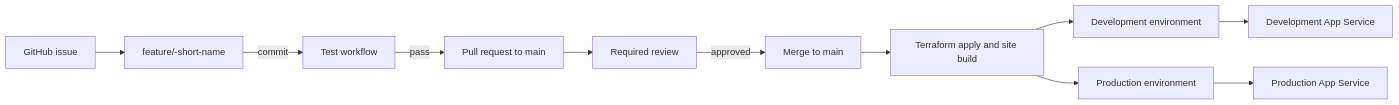
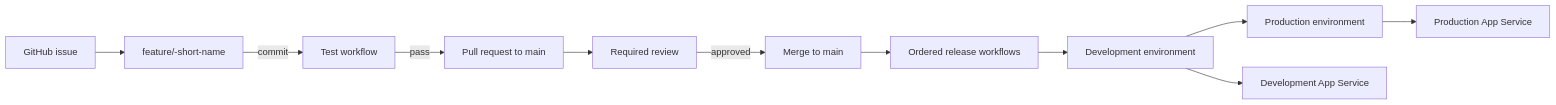
One commit to afira312/dtap-automation changed the first of 4 diagrams in README.md. Above: the diagram before and after it, drawn with Mermaid. The commit also changed other lines of this file and 8 other files, not shown here.

````diff
--- a/README.md
+++ b/README.md
@@ -33,13 +34,13 @@
 ```mermaid
 flowchart LR
     I[GitHub issue] --> F[feature/<issue>-short-name]
     F -->|commit| T[Test workflow]
     T -->|pass| PR[Pull request to main]
     PR --> R[Required review]
     R -->|approved| M[Merge to main]
-    M --> C[Terraform apply and site build]
+    M --> C[Ordered release workflows]
     C --> D[Development environment]
-    C --> P[Production environment]
+    D --> P[Production environment]
     D --> DA[Development App Service]
     P --> PA[Production App Service]
 ```
````
